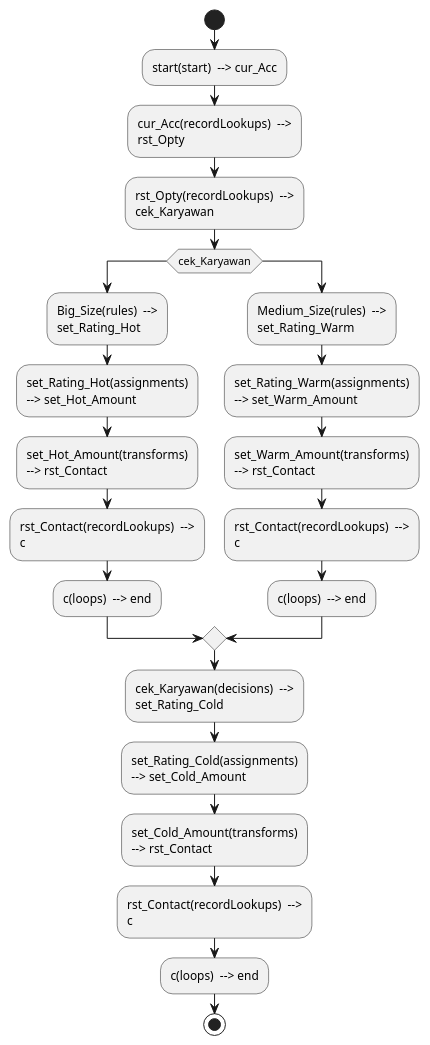
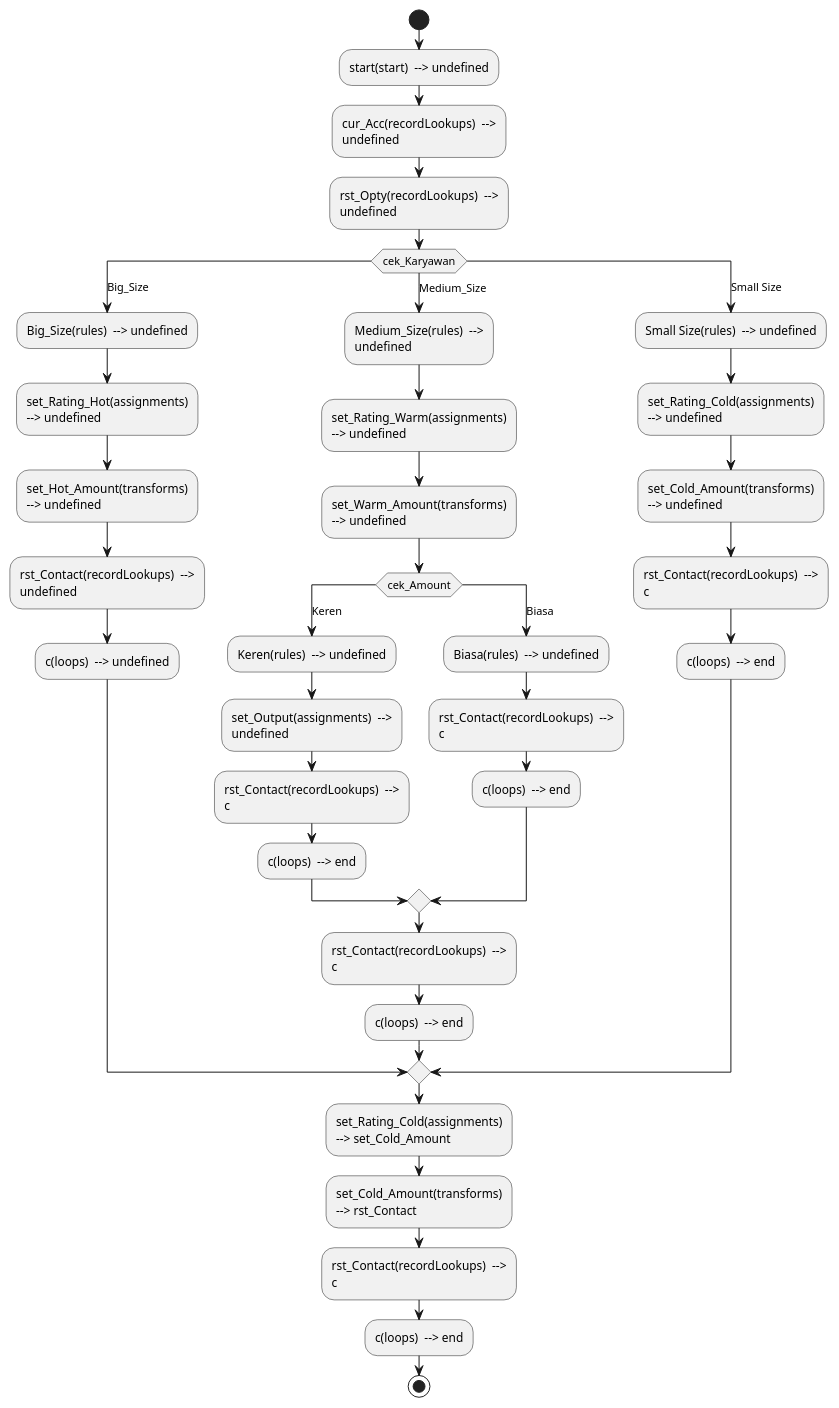
One commit to jimmytobing/meta_to_puml changed the diagram in Apate.flow-meta.puml. Above: the diagram before and after it, drawn with PlantUML. The commit also changed 10 other files, not shown here.

```diff
--- a/Apate.flow-meta.puml
+++ b/Apate.flow-meta.puml
@@ -1,40 +1,56 @@
 @startuml
 <style>
     element {
         MinimumWidth 100
         MaximumWidth 180
     }
     .kondisi {
         FontSize 9
         Padding 5
         LineStyle 2
         BackGroundColor transparent
         HorizontalAlignment center
     }
 </style>
 skinparam defaultFontName "verdana"
 start
-:start(start)  --> cur_Acc;
-:cur_Acc(recordLookups)  --> rst_Opty;
-:rst_Opty(recordLookups)  --> cek_Karyawan;
+:start(start)  --> undefined;
+:cur_Acc(recordLookups)  --> undefined;
+:rst_Opty(recordLookups)  --> undefined;
 switch (cek_Karyawan)
-case ()
-:Big_Size(rules)  --> set_Rating_Hot;
-:set_Rating_Hot(assignments)  --> set_Hot_Amount;
-:set_Hot_Amount(transforms)  --> rst_Contact;
+case (Big_Size)
+:Big_Size(rules)  --> undefined;
+:set_Rating_Hot(assignments)  --> undefined;
+:set_Hot_Amount(transforms)  --> undefined;
+:rst_Contact(recordLookups)  --> undefined;
+:c(loops)  --> undefined;
+case (Medium_Size)
+:Medium_Size(rules)  --> undefined;
+:set_Rating_Warm(assignments)  --> undefined;
+:set_Warm_Amount(transforms)  --> undefined;
+switch (cek_Amount)
+case (Keren)
+:Keren(rules)  --> undefined;
+:set_Output(assignments)  --> undefined;
 :rst_Contact(recordLookups)  --> c;
 :c(loops)  --> end;
-case ()
-:Medium_Size(rules)  --> set_Rating_Warm;
-:set_Rating_Warm(assignments)  --> set_Warm_Amount;
-:set_Warm_Amount(transforms)  --> rst_Contact;
+case (Biasa)
+:Biasa(rules)  --> undefined;
 :rst_Contact(recordLookups)  --> c;
 :c(loops)  --> end;
 endswitch
-:cek_Karyawan(decisions)  --> set_Rating_Cold;
+:rst_Contact(recordLookups)  --> c;
+:c(loops)  --> end;
+case (Small Size)
+:Small Size(rules)  --> undefined;
+:set_Rating_Cold(assignments)  --> undefined;
+:set_Cold_Amount(transforms)  --> undefined;
+:rst_Contact(recordLookups)  --> c;
+:c(loops)  --> end;
+endswitch
 :set_Rating_Cold(assignments)  --> set_Cold_Amount;
 :set_Cold_Amount(transforms)  --> rst_Contact;
 :rst_Contact(recordLookups)  --> c;
 :c(loops)  --> end;
 stop
 @enduml
```
